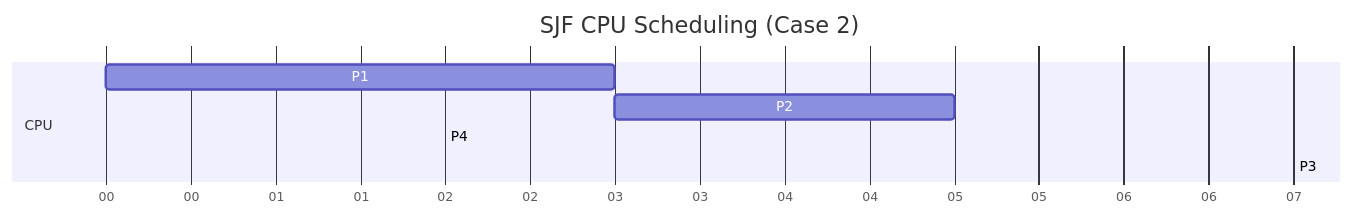
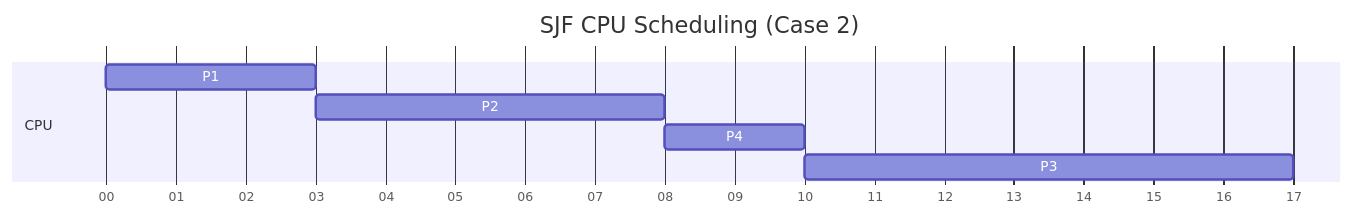
The third of 5 diagrams in Operating_System/LAB/lab5/main.md (TaiChi112/Documents), drawn with Mermaid before and after one commit. The commit also changed other lines of this file, not shown here.

Commit message:
fix: Update Gantt charts for FCFS, SJF, SRTF, and Round Robin CPU scheduling algorithms to correct timing and sequence

````diff
--- a/Operating_System/LAB/lab5/main.md
+++ b/Operating_System/LAB/lab5/main.md
@@ -67,11 +67,11 @@
 ```mermaid
 gantt
     title SJF CPU Scheduling (Case 2)
     dateFormat s
     axisFormat %S
     section CPU
     P1 :0, 3
-    P2 :3, 5
-    P4 :8, 2
-    P3 :10, 7
+    P2 :3, 8
+    P4 :8, 10
+    P3 :10, 17
 ```
````
